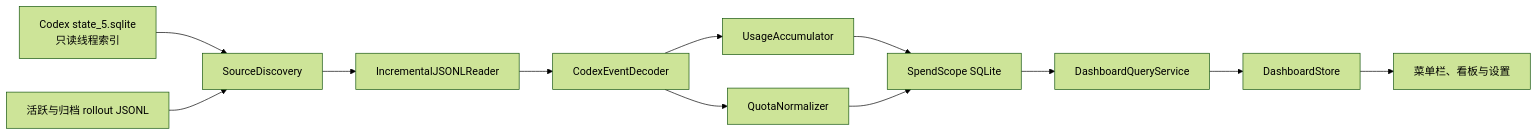
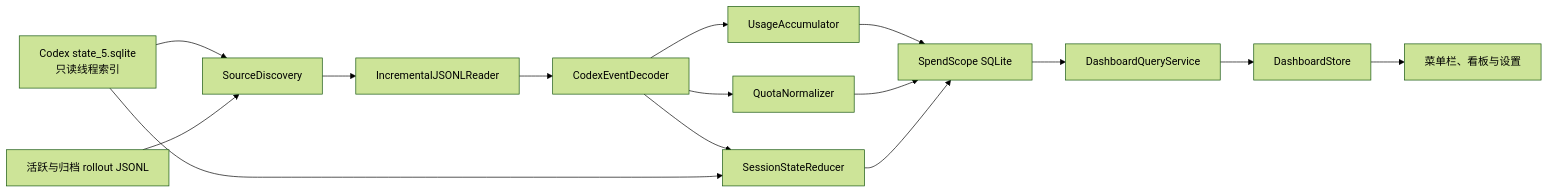
The diagram in docs/superpowers/specs/2026-07-14-codex-data-capture-design.md (ychp/SpendScope), drawn with Mermaid (forest theme) before and after one commit. The commit also changed other lines of this file, not shown here.

Commit message:
docs: extend capture design for session states

````diff
--- a/docs/superpowers/specs/2026-07-14-codex-data-capture-design.md
+++ b/docs/superpowers/specs/2026-07-14-codex-data-capture-design.md
@@ -79,14 +89,17 @@
 ```mermaid
 flowchart LR
     A["Codex state_5.sqlite<br/>只读线程索引"] --> C["SourceDiscovery"]
     B["活跃与归档 rollout JSONL"] --> C
     C --> D["IncrementalJSONLReader"]
     D --> E["CodexEventDecoder"]
     E --> F["UsageAccumulator"]
     E --> G["QuotaNormalizer"]
+    E --> S["SessionStateReducer"]
+    A --> S
     F --> H["SpendScope SQLite"]
     G --> H
+    S --> H
     H --> I["DashboardQueryService"]
     I --> J["DashboardStore"]
     J --> K["菜单栏、看板与设置"]
 ```
````
